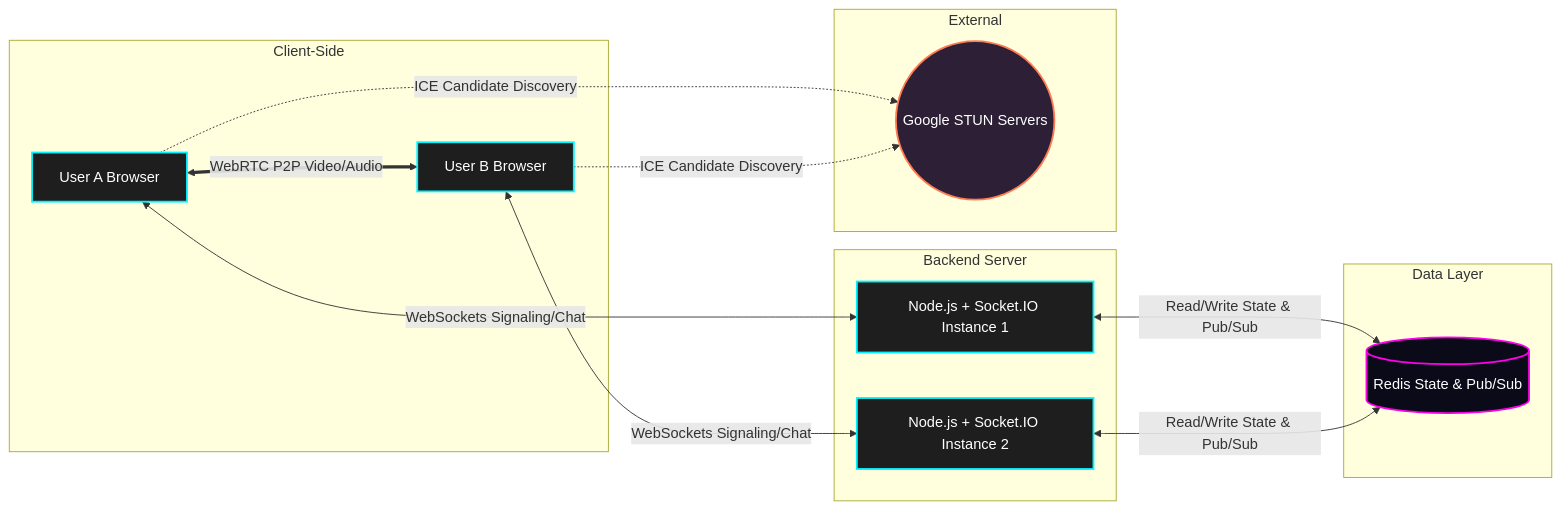
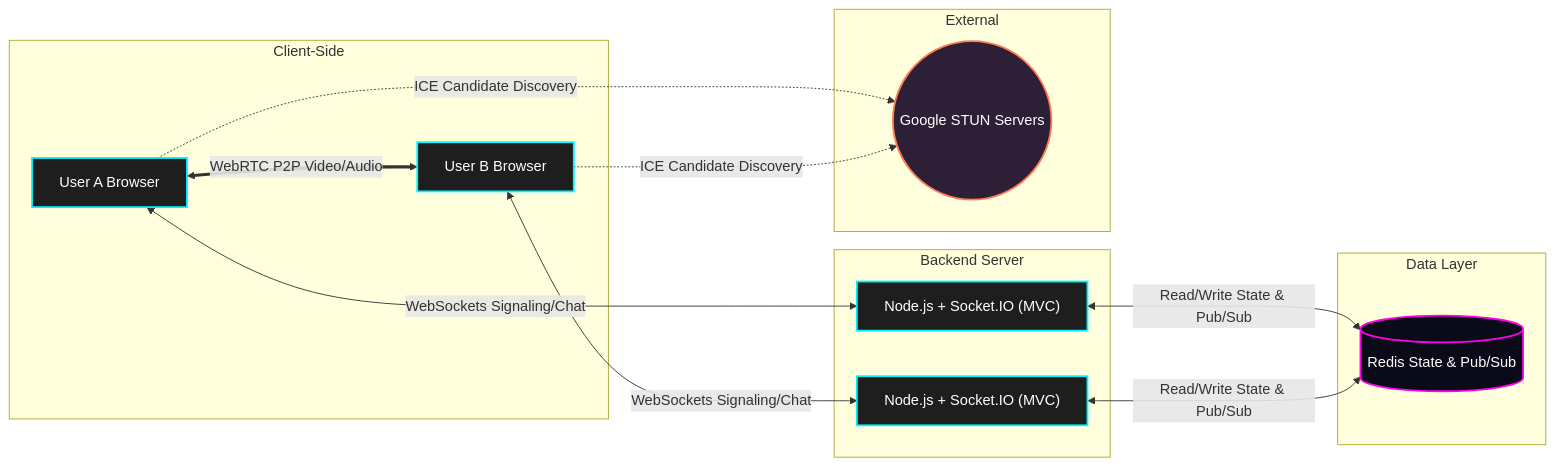
Before and after one commit to ArnavPundir22/BaatCheet: the first of 3 diagrams in docs/architecture.md, drawn with Mermaid. The commit also changed other lines of this file and 14 other files, not shown here.

Commit message:
Refactor: Modular MVC architecture and CI/CD testing pipeline

````diff
--- a/docs/architecture.md
+++ b/docs/architecture.md
@@ -12,41 +12,41 @@
 ```mermaid
 graph LR
     subgraph Client-Side
         A["User A Browser"]
         B["User B Browser"]
     end
 
     subgraph Backend Server
-        C["Node.js + Socket.IO Instance 1"]
-        D["Node.js + Socket.IO Instance 2"]
+        C["Node.js + Socket.IO (MVC)"]
+        D["Node.js + Socket.IO (MVC)"]
     end
 
     subgraph Data Layer
         E[("Redis State & Pub/Sub")]
     end
 
     subgraph External
         F(("Google STUN Servers"))
     end
 
     %% WebRTC Peer-to-Peer (Media)
     A <==>|"WebRTC P2P Video/Audio"| B
 
     %% Signaling & Chat
     A <-->|"WebSockets Signaling/Chat"| C
     B <-->|"WebSockets Signaling/Chat"| D
 
     %% Redis connection
     C <-->|"Read/Write State & Pub/Sub"| E
     D <-->|"Read/Write State & Pub/Sub"| E
 
     %% STUN
     A -.->|"ICE Candidate Discovery"| F
     B -.->|"ICE Candidate Discovery"| F
 
     classDef default fill:#1e1e1e,stroke:#00f3ff,stroke-width:2px,color:#fff;
     classDef database fill:#0a0a19,stroke:#ff00ea,stroke-width:2px,color:#fff;
     classDef external fill:#2d1f35,stroke:#ff7b54,stroke-width:2px,color:#fff;
     class E database
     class F external
 ```
````
